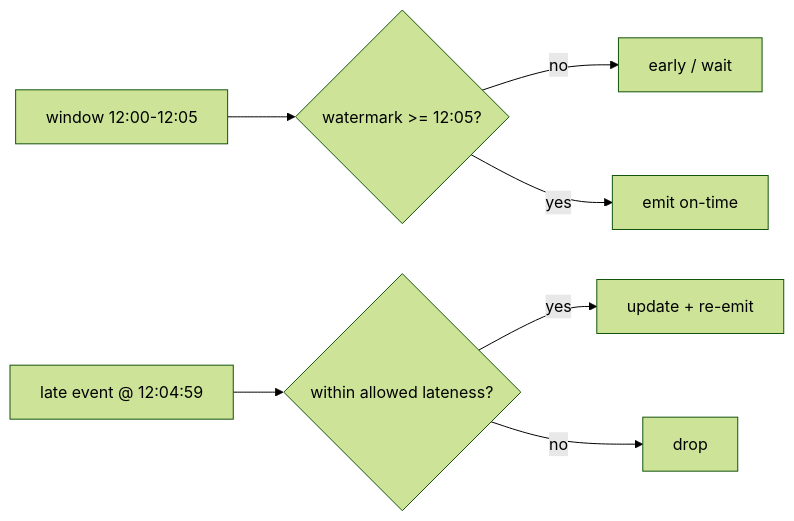
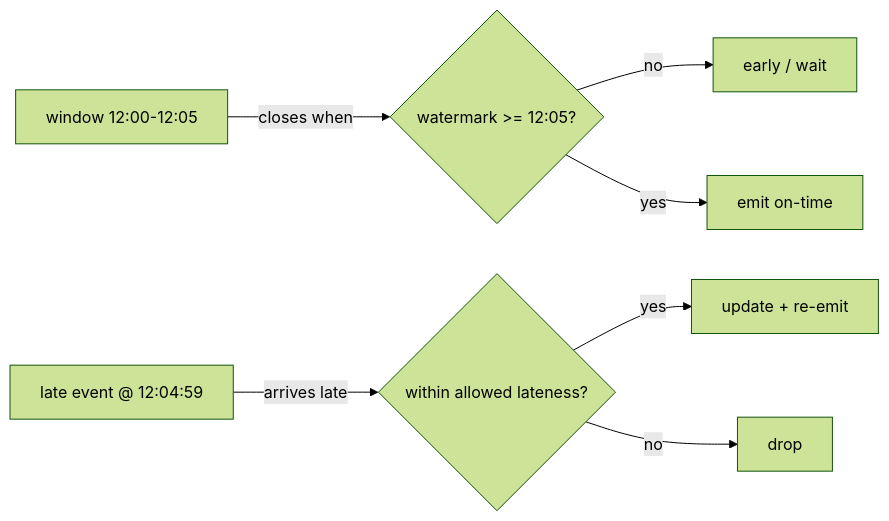
Before and after one commit to vinayakuber/streaming-systems-study-guide: the ninth of 19 diagrams in docs/ch02-the-what-where-when-and-how-of-data-processing.md, drawn with Mermaid (forest theme). The commit also changed other lines of this file and 22 other files, not shown here.

First line of the commit message:
R18: label every diagram arrow with its meaning

````diff
--- a/docs/ch02-the-what-where-when-and-how-of-data-processing.md
+++ b/docs/ch02-the-what-where-when-and-how-of-data-processing.md
@@ -218,9 +218,9 @@
 ```mermaid
 flowchart LR
-  W["window 12:00-12:05"] --> WM{watermark >= 12:05?}
+  W["window 12:00-12:05"] -->|"closes when"| WM{watermark >= 12:05?}
   WM -->|no| E[early / wait]
   WM -->|yes| O[emit on-time]
-  S["late event @ 12:04:59"] --> L{within allowed lateness?}
+  S["late event @ 12:04:59"] -->|"arrives late"| L{within allowed lateness?}
   L -->|yes| U[update + re-emit]
   L -->|no| D[drop]
 ```
````
